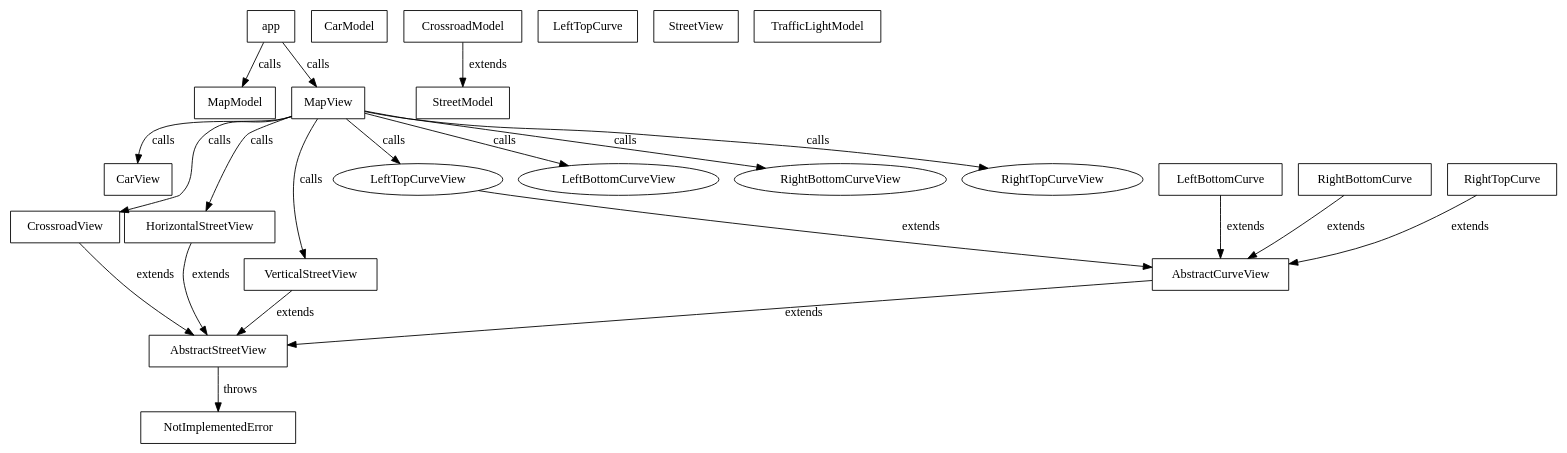
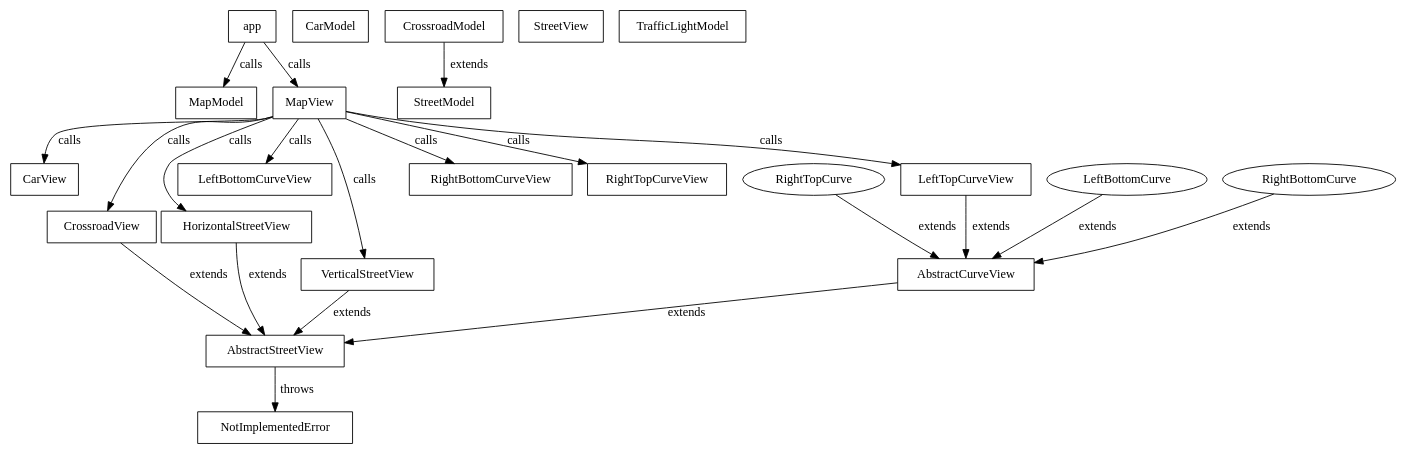
Before and after one commit to Ryuno-Ki/js13kgames-2016: the diagram in dependencies.dot, drawn with Graphviz. The commit also changed 1 other file, not shown here.

```diff
--- a/dependencies.dot
+++ b/dependencies.dot
@@ -1,42 +1,42 @@
 digraph G {
     app [shape=box];
     AbstractCurveView [shape=box];
     AbstractStreetView [shape=box];
     CarModel [shape=box];
     CarView [shape=box];
     CrossroadModel [shape=box];
     CrossroadView [shape=box];
     HorizontalStreetView [shape=box];
-    LeftBottomCurve [shape=box];
-    LeftTopCurve [shape=box];
+    LeftBottomCurveView [shape=box];
+    LeftTopCurveView [shape=box];
     MapModel [shape=box];
     MapView [shape=box];
     NotImplementedError [shape=box];
-    RightBottomCurve [shape=box];
-    RightTopCurve [shape=box];
+    RightBottomCurveView [shape=box];
+    RightTopCurveView [shape=box];
     StreetModel [shape=box];
     StreetView [shape=box];
     TrafficLightModel [shape=box];
     VerticalStreetView [shape=box];
 
     AbstractCurveView -> AbstractStreetView [label="extends"];
     AbstractStreetView -> NotImplementedError [label="throws"];
     app -> MapModel [label="calls"];
     app -> MapView [label="calls"];
     CrossroadModel -> StreetModel [label="extends"];
     CrossroadView -> AbstractStreetView [label="extends"];
     HorizontalStreetView -> AbstractStreetView [label="extends"];
     LeftBottomCurve -> AbstractCurveView [label="extends"];
     LeftTopCurveView -> AbstractCurveView [label="extends"];
     MapView -> CarView [label="calls"];
     MapView -> CrossroadView [label="calls"];
     MapView -> HorizontalStreetView [label="calls"];
     MapView -> LeftBottomCurveView [label="calls"];
     MapView -> LeftTopCurveView [label="calls"];
     MapView -> RightBottomCurveView [label="calls"];
     MapView -> RightTopCurveView [label="calls"];
     MapView -> VerticalStreetView [label="calls"];
     RightBottomCurve -> AbstractCurveView [label="extends"];
     RightTopCurve -> AbstractCurveView [label="extends"];
     VerticalStreetView -> AbstractStreetView [label="extends"];
 }
```
